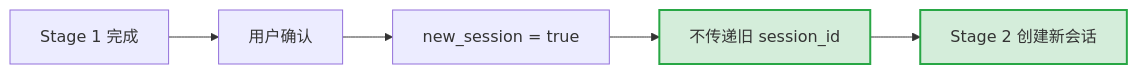
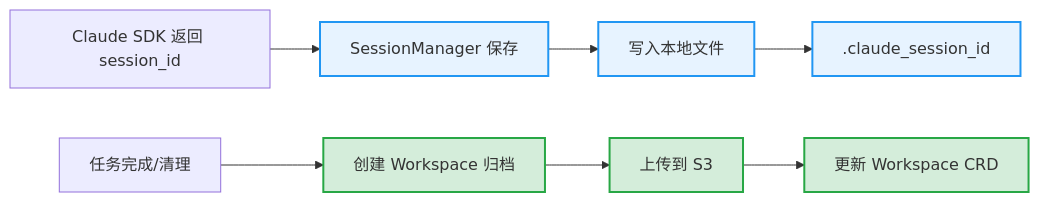
One commit to wecode-ai/Wegent changed the eighth of 9 diagrams in docs/zh/features/task-restore.md. Above: the diagram before and after it, drawn with Mermaid. The commit also changed other lines of this file and 6 other files, not shown here.

````diff
--- a/docs/zh/features/task-restore.md
+++ b/docs/zh/features/task-restore.md
@@ -190,9 +400,13 @@
 ```mermaid
 flowchart LR
-    A[Stage 1 完成] --> B[用户确认]
-    B --> C[new_session = true]
-    C --> D[不传递旧 session_id]:::new
-    D --> E[Stage 2 创建新会话]:::new
+    A[Claude SDK 返回 session_id] --> B[SessionManager 保存]:::existing
+    B --> C[写入本地文件]:::existing
+    C --> D[.claude_session_id]:::existing
 
+    E[任务完成/清理] --> F[创建 Workspace 归档]:::new
+    F --> G[上传到 S3]:::new
+    G --> H[更新 Workspace CRD]:::new
+
+    classDef existing fill:#e7f3ff,stroke:#2196f3,stroke-width:2px
     classDef new fill:#d4edda,stroke:#28a745,stroke-width:2px
 ```
````
